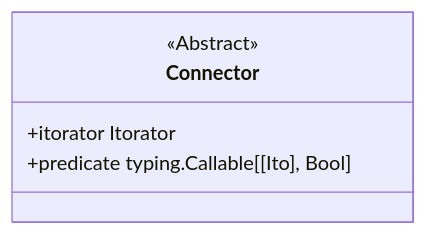
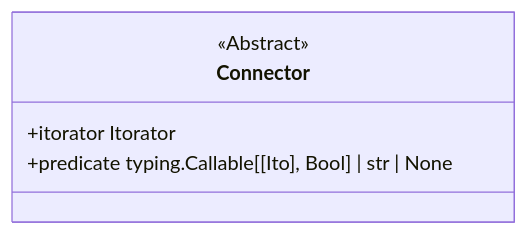
Before and after one commit to rlayers/pawpaw: the fifth of 13 diagrams in docs/4. Arborform.md, drawn with Mermaid. The commit also changed other lines of this file and 1 other file, not shown here.

Commit message:
Connector predicate param now typed to Types.P_ITO | str | None

````diff
--- a/docs/4. Arborform.md
+++ b/docs/4. Arborform.md
@@ -577,8 +577,8 @@
 ```mermaid
 classDiagram
 class Connector{
   <<Abstract>>
   +itorator Itorator
-  +predicate typing.Callable[[Ito], Bool]
+  +predicate typing.Callable[[Ito], Bool] | str | None
 }
 ```
````
